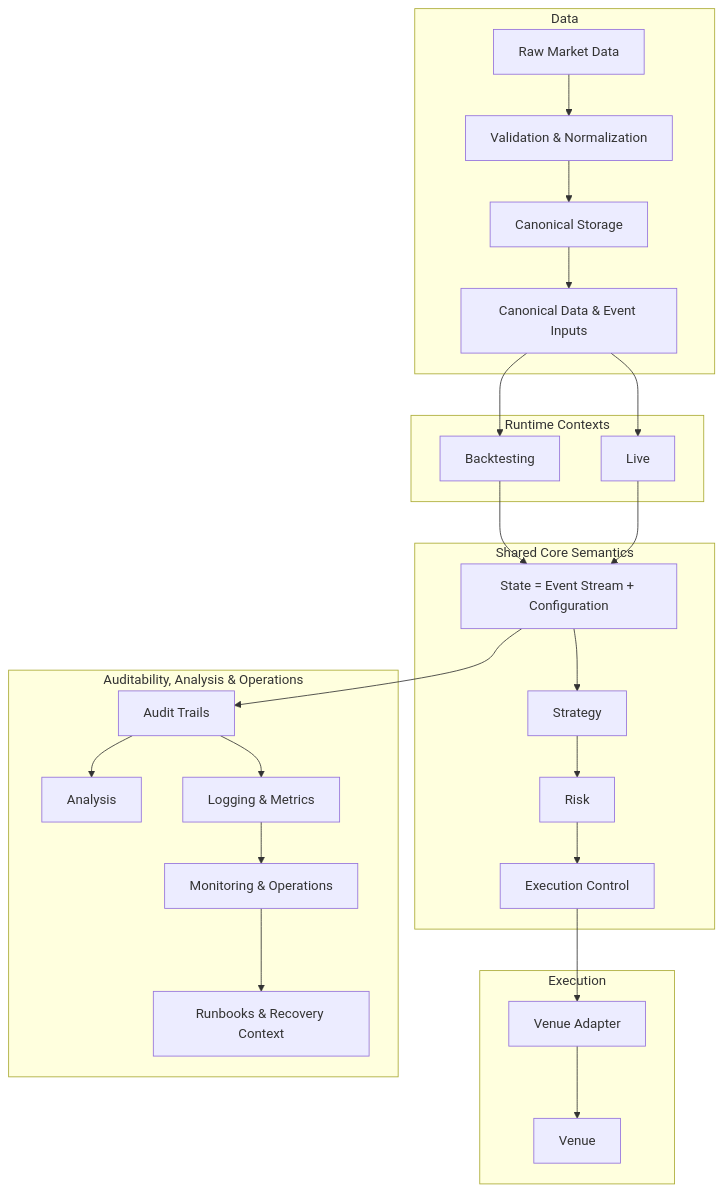
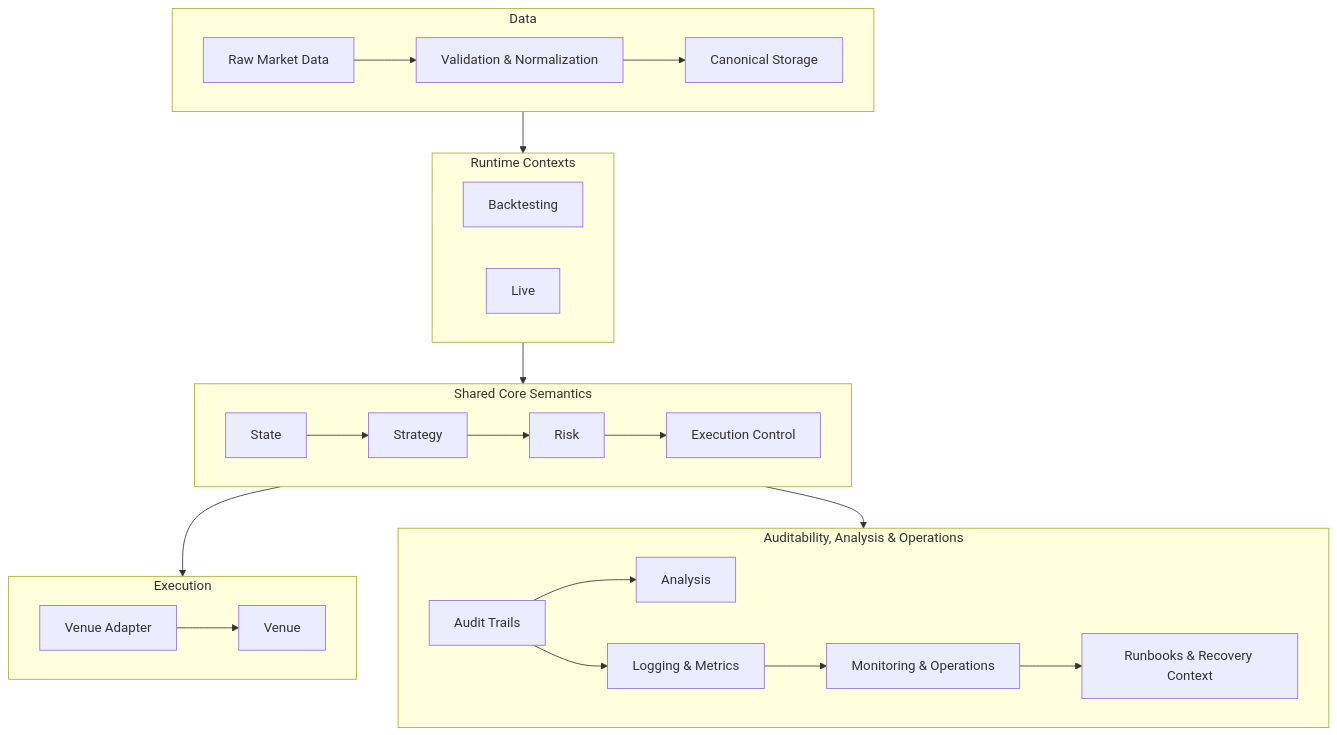
One commit to TradingChassis/.github changed the diagram in profile/README.md. Above: the diagram before and after it, drawn with Mermaid.

Commit message:
docs(readme): improve README language

````diff
--- a/profile/README.md
+++ b/profile/README.md
@@ -68,34 +68,37 @@
 ```mermaid
 flowchart TD
-    subgraph Data[Data]
+    subgraph DATA[Data]
         A[Raw Market Data] --> B[Validation & Normalization]
         B --> C[Canonical Storage]
-        C --> D[Canonical Data & Event Inputs]
     end
 
-    subgraph Runtime[Runtime Contexts]
-        D --> F[Backtesting]
-        D --> G[Live]
+    subgraph RUNTIME[Runtime Contexts]
+        F[Backtesting]
+        G[Live]
     end
 
-    subgraph Core[Shared Core Semantics]
-        F --> I[State = Event Stream + Configuration]
-        G --> I
+    subgraph CORE[Shared Core Semantics]
+        I[State]
         I --> K[Strategy]
         K --> M[Risk]
         M --> N[Execution Control]
     end
 
-    subgraph Execution[Execution]
-        N --> O[Venue Adapter]
+    subgraph EXECUTION[Execution]
+        O[Venue Adapter]
         O --> P[Venue]
     end
 
-    subgraph Observability[Auditability, Analysis & Operations]
-        I --> Q[Audit Trails]
+    subgraph OBSERVABILITY[Auditability, Analysis & Operations]
+        Q[Audit Trails]
         Q --> R[Analysis]
         Q --> S[Logging & Metrics]
         S --> T[Monitoring & Operations]
         T --> U[Runbooks & Recovery Context]
     end
+
+    DATA --> RUNTIME
+    RUNTIME --> CORE
+    CORE --> EXECUTION
+    CORE --> OBSERVABILITY
 ```
````
